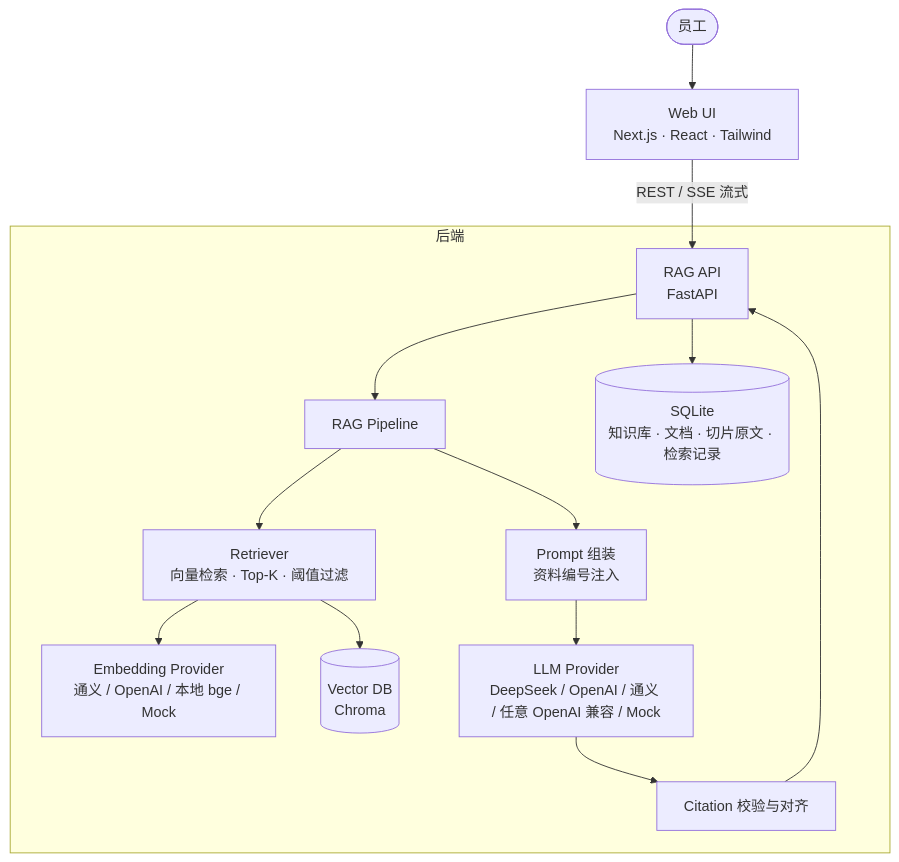
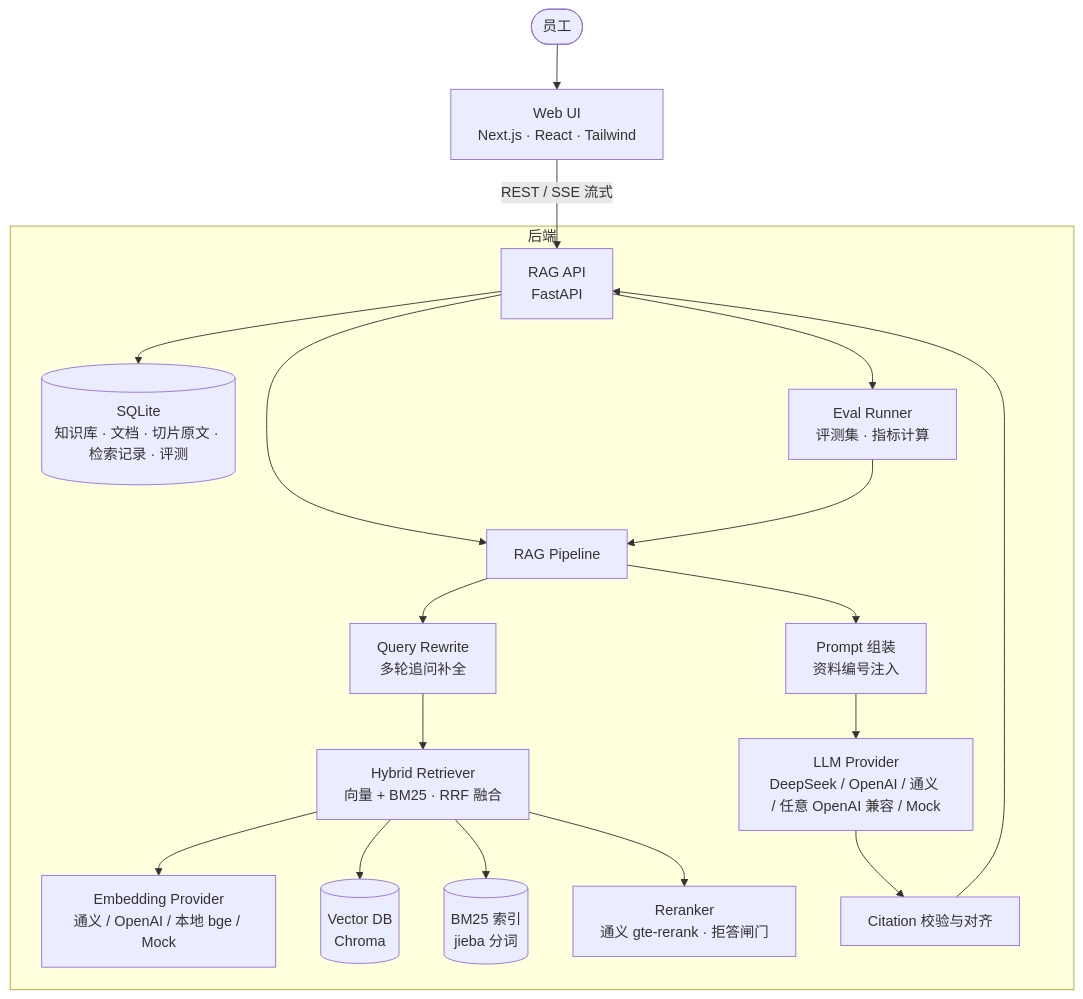
The second of 4 diagrams in README.md (YalinMa/enterprise-ai-knowledge-base), drawn with Mermaid before and after one commit. The commit also changed other lines of this file and 29 other files, not shown here.

````diff
--- a/README.md
+++ b/README.md
@@ -58,18 +66,23 @@
 ```mermaid
 flowchart TB
     User([员工]) --> UI[Web UI<br/>Next.js · React · Tailwind]
     UI -- REST / SSE 流式 --> API[RAG API<br/>FastAPI]
 
     subgraph Backend[后端]
         API --> Pipeline[RAG Pipeline]
-        Pipeline --> Retriever[Retriever<br/>向量检索 · Top-K · 阈值过滤]
+        Pipeline --> Rewrite[Query Rewrite<br/>多轮追问补全]
+        Rewrite --> Retriever[Hybrid Retriever<br/>向量 + BM25 · RRF 融合]
         Retriever --> Embed[Embedding Provider<br/>通义 / OpenAI / 本地 bge / Mock]
         Retriever --> VDB[(Vector DB<br/>Chroma)]
+        Retriever --> BM25[(BM25 索引<br/>jieba 分词)]
+        Retriever --> Rerank[Reranker<br/>通义 gte-rerank · 拒答闸门]
         Pipeline --> Prompt[Prompt 组装<br/>资料编号注入]
         Prompt --> LLM[LLM Provider<br/>DeepSeek / OpenAI / 通义 / 任意 OpenAI 兼容 / Mock]
         LLM --> Cite[Citation 校验与对齐]
-        API --> Meta[(SQLite<br/>知识库 · 文档 · 切片原文 · 检索记录)]
+        API --> Meta[(SQLite<br/>知识库 · 文档 · 切片原文 · 检索记录 · 评测)]
+        API --> Eval[Eval Runner<br/>评测集 · 指标计算]
+        Eval --> Pipeline
     end
 
     Cite --> API
 ```
````
